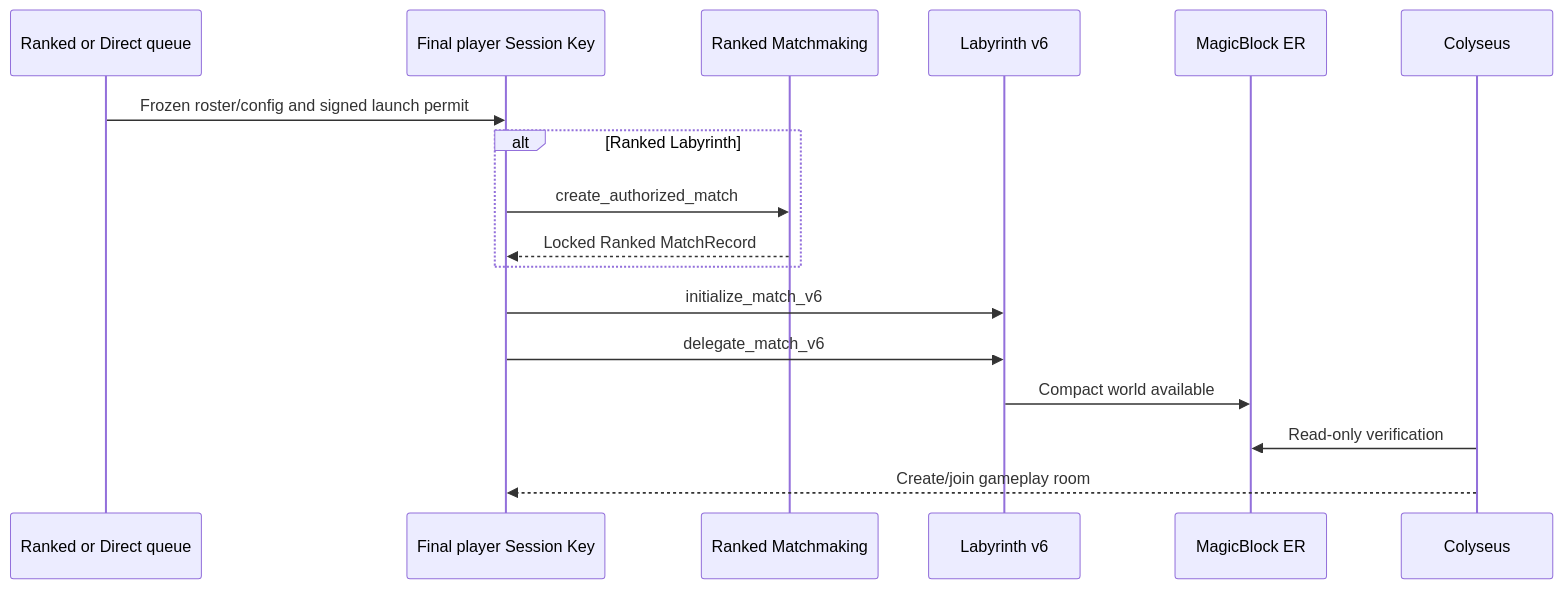
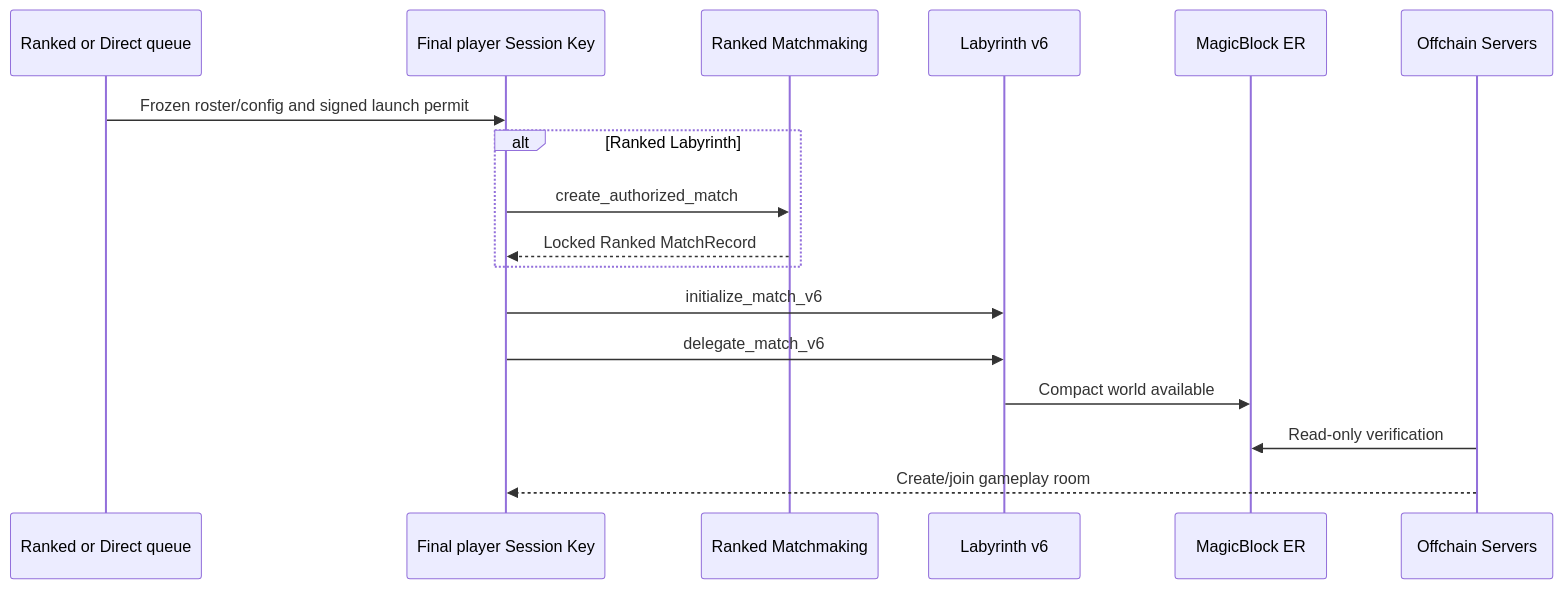
Before and after one commit to SOLZ-FUN/labyrinth_magicblock: the diagram in docs/PLAYER_PAID_ER_BOOTSTRAP.md, drawn with Mermaid. The commit also changed other lines of this file and 1 other file, not shown here.

````diff
--- a/docs/PLAYER_PAID_ER_BOOTSTRAP.md
+++ b/docs/PLAYER_PAID_ER_BOOTSTRAP.md
@@ -44,19 +44,19 @@
 ```mermaid
 sequenceDiagram
     participant Q as Ranked or Direct queue
     participant F as Final player Session Key
     participant M as Ranked Matchmaking
     participant L as Labyrinth v6
     participant ER as MagicBlock ER
-    participant C as Colyseus
+    participant C as Offchain Servers
     Q->>F: Frozen roster/config and signed launch permit
     alt Ranked Labyrinth
         F->>M: create_authorized_match
         M-->>F: Locked Ranked MatchRecord
     end
     F->>L: initialize_match_v6
     F->>L: delegate_match_v6
     L->>ER: Compact world available
     C->>ER: Read-only verification
     C-->>F: Create/join gameplay room
 ```
````
